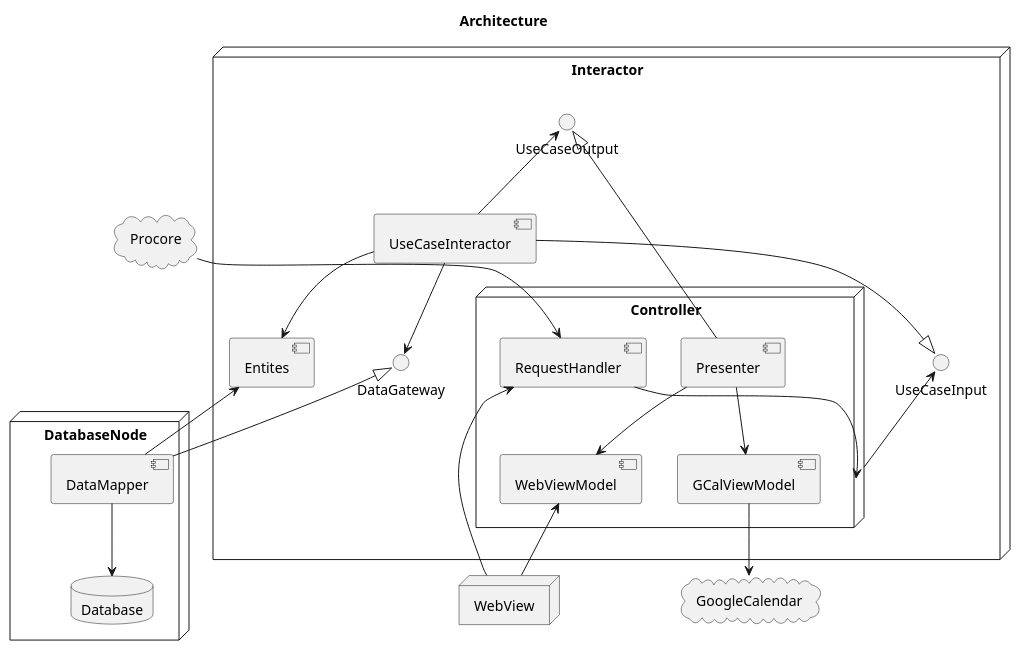
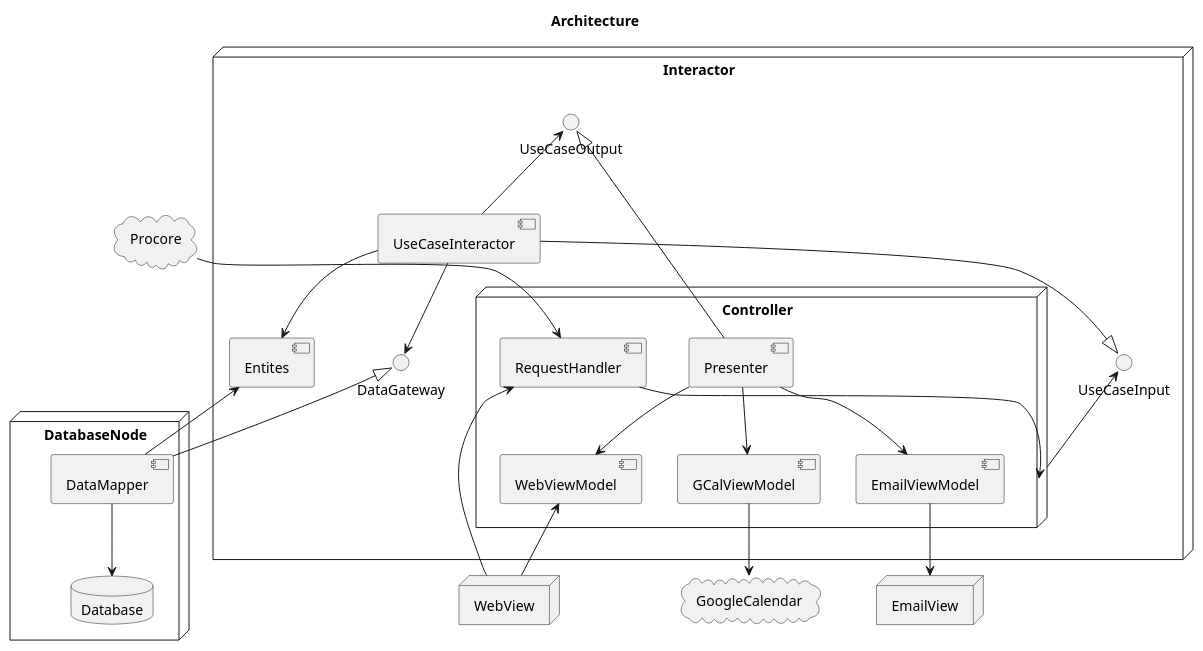
The diagram in diagrams/architecture.wsd (adhurjaty/procore-gcal), drawn with PlantUML before and after one commit. The commit also changed 3 other files, not shown here.

```diff
--- a/diagrams/architecture.wsd
+++ b/diagrams/architecture.wsd
@@ -1,37 +1,40 @@
 @startuml
 title Architecture
 
 cloud Procore
 cloud GoogleCalendar
 
 node DatabaseNode {
     database Database
     [DataMapper] --> Database
 }
 
 node WebView
+node EmailView
 
 node Interactor {
     [Entites] <-- [DataMapper]
     DataGateway <|-- [DataMapper]
     UseCaseInput <-- [Controller]
     [UseCaseInteractor] --|> UseCaseInput
     UseCaseOutput <-- [UseCaseInteractor]
     [UseCaseInteractor] --> [Entites]
     [UseCaseInteractor] --> DataGateway
 }
 
 node Controller {
     Procore --> [RequestHandler]
     WebView --> [RequestHandler]
     [RequestHandler] --> [Controller]
     [Presenter] --> [WebViewModel]
     [Presenter] --> [GCalViewModel]
+    [Presenter] --> [EmailViewModel]
+    [EmailViewModel] --> EmailView
     [WebViewModel] <-- WebView
     [GCalViewModel] --> GoogleCalendar
     UseCaseOutput <|-- [Presenter]
 }
 
 
 
 @enduml
```
